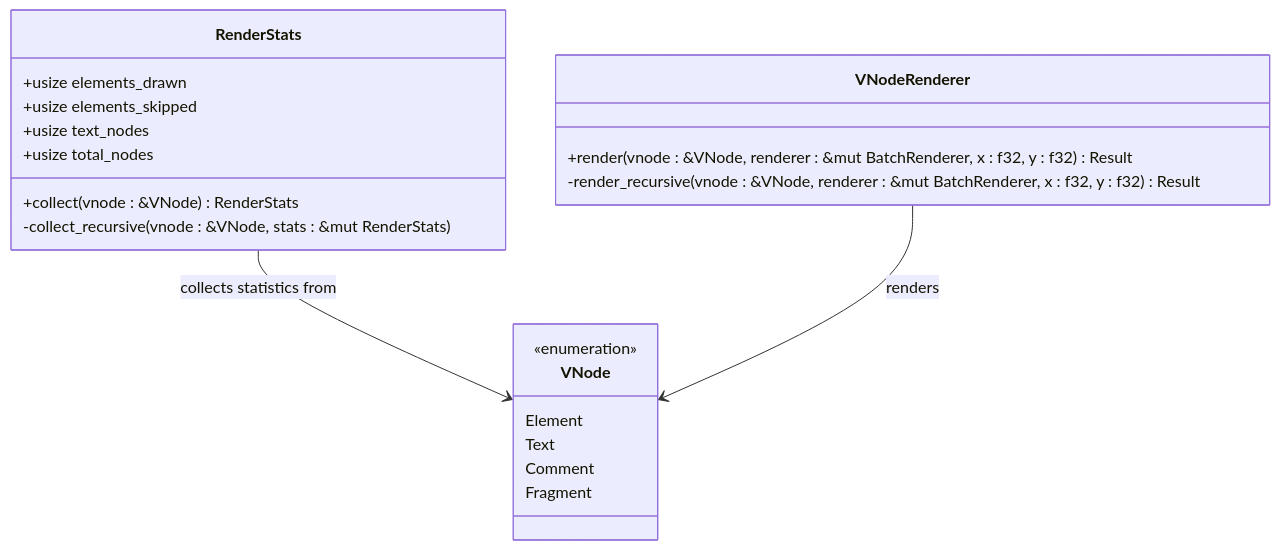
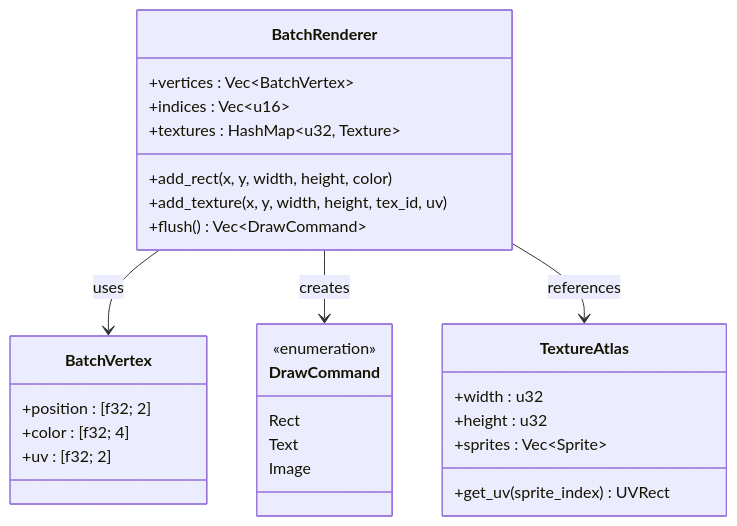
Before and after one commit to itszzl-sudo/iris: the sixth of 8 diagrams in .qoder/repowiki/zh/content/核心功能特性/工程化与商业化能力/测试框架与基础设施/测试框架与基础设施.md, drawn with Mermaid. The commit also changed other lines of this file and 4 other files, not shown here.

````diff
--- a/.qoder/repowiki/zh/content/核心功能特性/工程化与商业化能力/测试框架与基础设施/测试框架与基础设施.md
+++ b/.qoder/repowiki/zh/content/核心功能特性/工程化与商业化能力/测试框架与基础设施/测试框架与基础设施.md
@@ -606,24 +228,31 @@
 ```mermaid
 classDiagram
-class RenderStats {
-+usize elements_drawn
-+usize elements_skipped
-+usize text_nodes
-+usize total_nodes
-+collect(vnode : &VNode) RenderStats
--collect_recursive(vnode : &VNode, stats : &mut RenderStats)
+class BatchVertex {
++position : [f32; 2]
++color : [f32; 4]
++uv : [f32; 2]
 }
-class VNode {
+class DrawCommand {
 <<enumeration>>
-Element
+Rect
 Text
-Comment
-Fragment
+Image
 }
-class VNodeRenderer {
-+render(vnode : &VNode, renderer : &mut BatchRenderer, x : f32, y : f32) Result
--render_recursive(vnode : &VNode, renderer : &mut BatchRenderer, x : f32, y : f32) Result
+class BatchRenderer {
++vertices : Vec~BatchVertex~
++indices : Vec~u16~
++textures : HashMap~u32, Texture~
++add_rect(x, y, width, height, color)
++add_texture(x, y, width, height, tex_id, uv)
++flush() Vec~DrawCommand~
 }
-RenderStats --> VNode : collects statistics from
-VNodeRenderer --> VNode : renders
+class TextureAtlas {
++width : u32
++height : u32
++sprites : Vec~Sprite~
++get_uv(sprite_index) UVRect
+}
+BatchRenderer --> BatchVertex : uses
+BatchRenderer --> DrawCommand : creates
+BatchRenderer --> TextureAtlas : references
 ```
````
